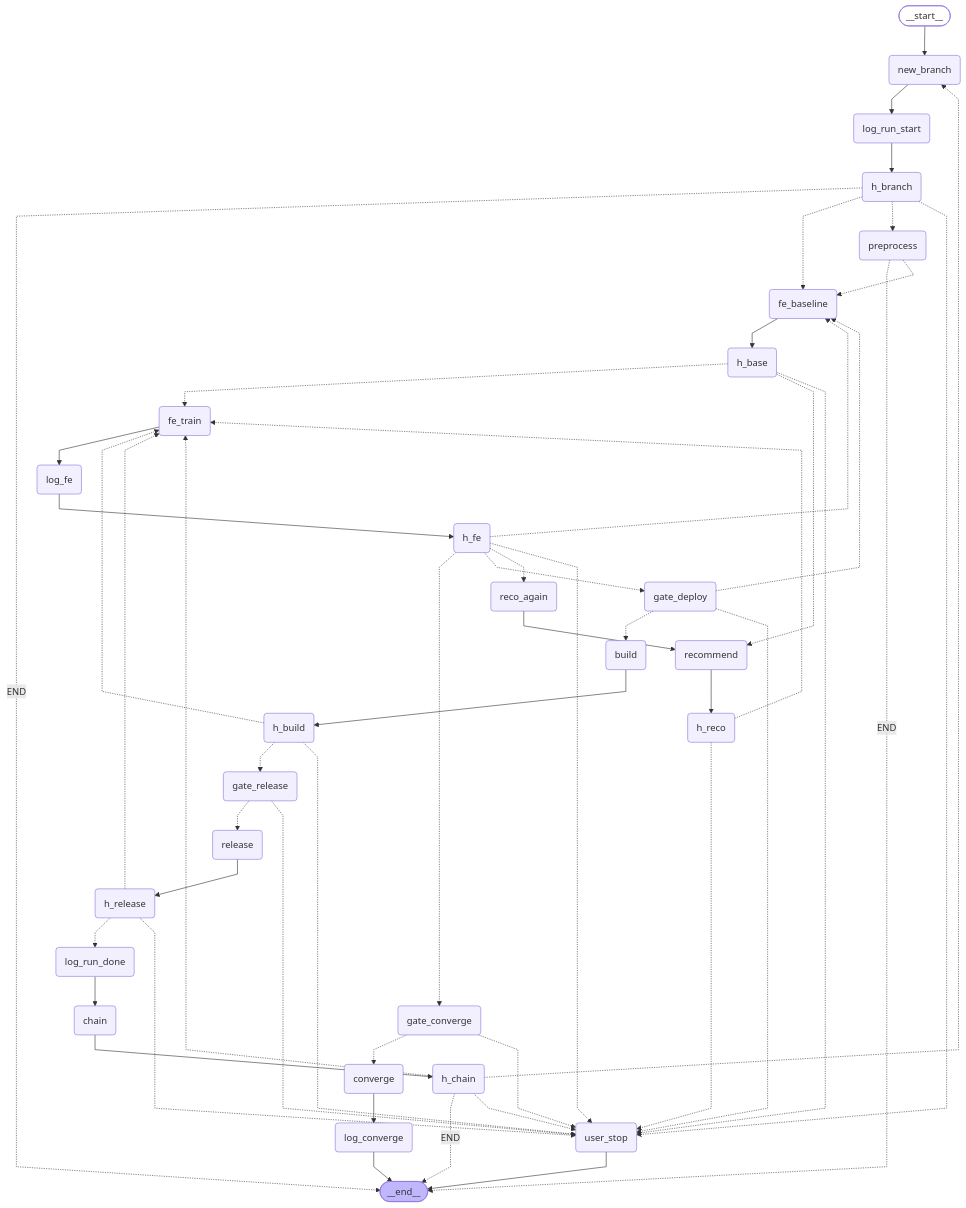
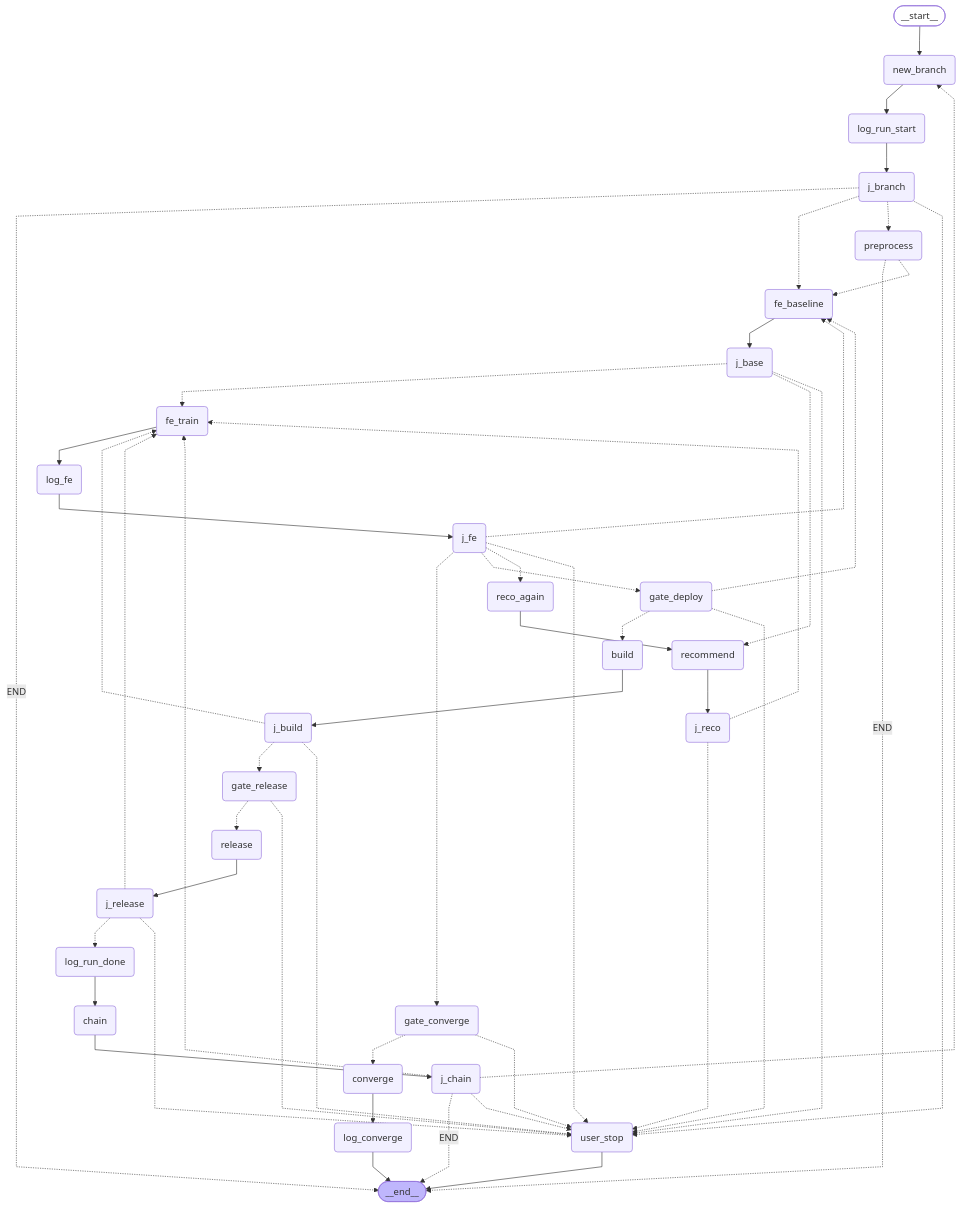
The second of 2 diagrams in ml/PIPELINE.md (JB-Pirate-King/JB-Pirate-King), drawn with Mermaid before and after one commit. The commit also changed other lines of this file and 6 other files, not shown here.

```diff
--- a/ml/PIPELINE.md
+++ b/ml/PIPELINE.md
@@ -200,19 +200,19 @@
 	log_fe(log_fe)
 	log_run_done(log_run_done)
 	log_converge(log_converge)
-	h_branch(h_branch)
-	h_base(h_base)
-	h_reco(h_reco)
-	h_fe(h_fe)
-	h_build(h_build)
-	h_release(h_release)
-	h_chain(h_chain)
+	j_branch(j_branch)
+	j_base(j_base)
+	j_reco(j_reco)
+	j_fe(j_fe)
+	j_build(j_build)
+	j_release(j_release)
+	j_chain(j_chain)
 	__end__([__end__]):::last
 	__start__ --> new_branch;
-	build --> h_build;
-	chain --> h_chain;
+	build --> j_build;
+	chain --> j_chain;
 	converge --> log_converge;
-	fe_baseline --> h_base;
+	fe_baseline --> j_base;
 	fe_train --> log_fe;
 	gate_converge -.-> converge;
 	gate_converge -.-> user_stop;
@@ -221,39 +221,39 @@
 	gate_deploy -.-> user_stop;
 	gate_release -.-> release;
 	gate_release -.-> user_stop;
-	h_base -.-> fe_train;
-	h_base -.-> recommend;
-	h_base -.-> user_stop;
-	h_branch -. END .-> __end__;
-	h_branch -.-> fe_baseline;
-	h_branch -.-> preprocess;
-	h_branch -.-> user_stop;
-	h_build -.-> fe_train;
-	h_build -.-> gate_release;
-	h_build -.-> user_stop;
-	h_chain -. END .-> __end__;
-	h_chain -.-> fe_train;
-	h_chain -.-> new_branch;
-	h_chain -.-> user_stop;
-	h_fe -.-> fe_baseline;
-	h_fe -.-> gate_converge;
-	h_fe -.-> gate_deploy;
-	h_fe -.-> reco_again;
-	h_fe -.-> user_stop;
-	h_reco -.-> fe_train;
-	h_reco -.-> user_stop;
-	h_release -.-> fe_train;
-	h_release -.-> log_run_done;
-	h_release -.-> user_stop;
-	log_fe --> h_fe;
+	j_base -.-> fe_train;
+	j_base -.-> recommend;
+	j_base -.-> user_stop;
+	j_branch -. END .-> __end__;
+	j_branch -.-> fe_baseline;
+	j_branch -.-> preprocess;
+	j_branch -.-> user_stop;
+	j_build -.-> fe_train;
+	j_build -.-> gate_release;
+	j_build -.-> user_stop;
+	j_chain -. END .-> __end__;
+	j_chain -.-> fe_train;
+	j_chain -.-> new_branch;
+	j_chain -.-> user_stop;
+	j_fe -.-> fe_baseline;
+	j_fe -.-> gate_converge;
+	j_fe -.-> gate_deploy;
+	j_fe -.-> reco_again;
+	j_fe -.-> user_stop;
+	j_reco -.-> fe_train;
+	j_reco -.-> user_stop;
+	j_release -.-> fe_train;
+	j_release -.-> log_run_done;
+	j_release -.-> user_stop;
+	log_fe --> j_fe;
 	log_run_done --> chain;
-	log_run_start --> h_branch;
+	log_run_start --> j_branch;
 	new_branch --> log_run_start;
 	preprocess -. END .-> __end__;
 	preprocess -.-> fe_baseline;
 	reco_again --> recommend;
-	recommend --> h_reco;
-	release --> h_release;
+	recommend --> j_reco;
+	release --> j_release;
 	log_converge --> __end__;
 	user_stop --> __end__;
 	classDef default fill:#f2f0ff,line-height:1.2
```
